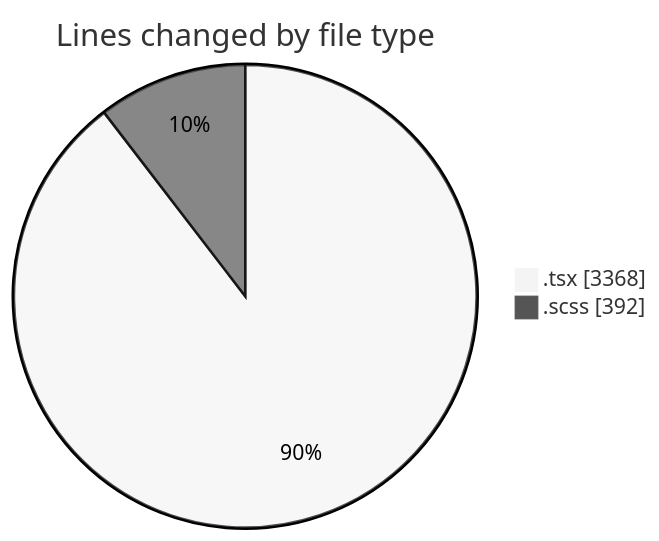
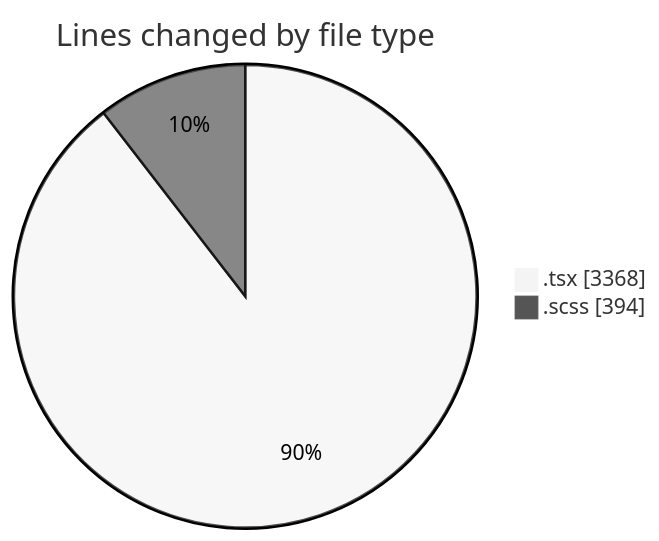
One commit to momahboobian/code-tracking changed the first of 2 diagrams in 2025-09-30/cda/README.md. Above: the diagram before and after it, drawn with Mermaid (neutral theme). The commit also changed other lines of this file and 1 other file, not shown here.

````diff
--- a/2025-09-30/cda/README.md
+++ b/2025-09-30/cda/README.md
@@ -25,6 +25,6 @@
 ```mermaid
 pie showData
 title Lines changed by file type
 ".tsx" : 3368
-".scss" : 392
+".scss" : 394
 ```
````
